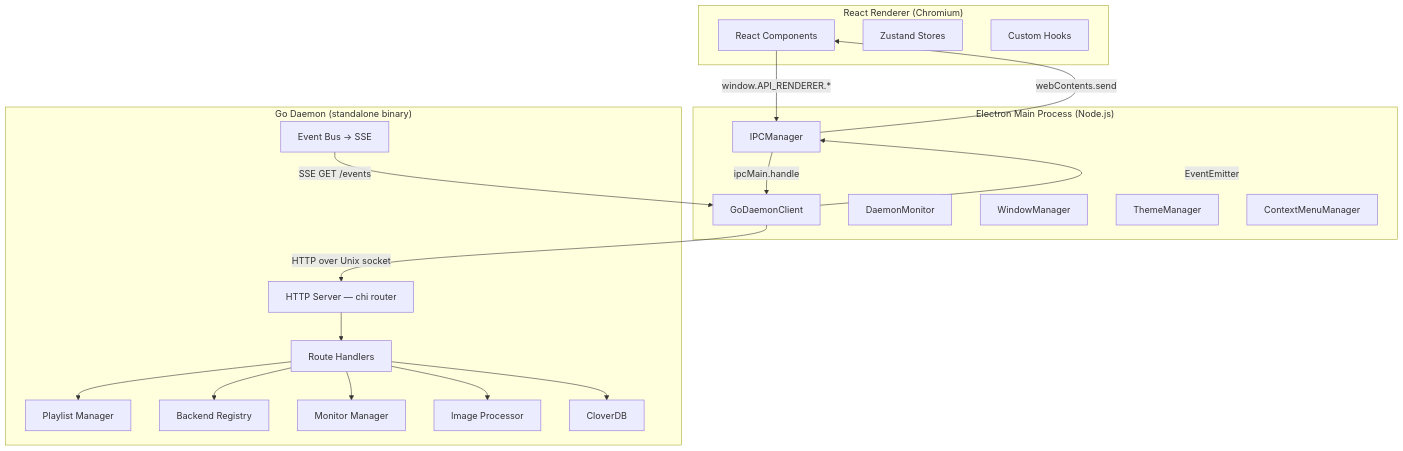
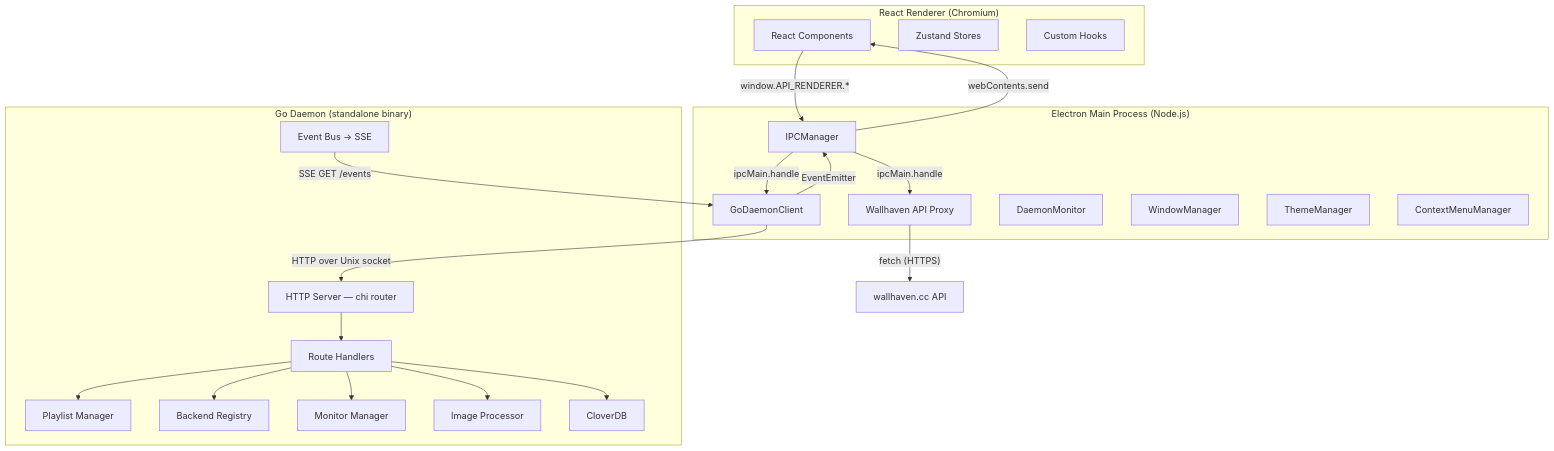
Before and after one commit to 0bCdian/Waypaper-Engine: the first of 9 diagrams in docs/ARCHITECTURE.md, drawn with Mermaid. The commit also changed other lines of this file and 48 other files, not shown here.

````diff
--- a/docs/ARCHITECTURE.md
+++ b/docs/ARCHITECTURE.md
@@ -62,41 +63,46 @@
 ```mermaid
 graph TB
   subgraph renderer ["React Renderer (Chromium)"]
     Components[React Components]
     Stores[Zustand Stores]
     CustomHooks[Custom Hooks]
   end
 
   subgraph electronMain ["Electron Main Process (Node.js)"]
     IPCMgr[IPCManager]
     DaemonClient[GoDaemonClient]
+    WallhavenProxy["Wallhaven API Proxy"]
     DaemonMon[DaemonMonitor]
     WinMgr[WindowManager]
     ThemeMgr[ThemeManager]
     CtxMenuMgr[ContextMenuManager]
   end
 
   subgraph daemon ["Go Daemon (standalone binary)"]
     HTTPSrv["HTTP Server — chi router"]
     Handlers[Route Handlers]
     PlaylistMgr[Playlist Manager]
     BackendReg[Backend Registry]
     MonitorMgr[Monitor Manager]
     ImgProc[Image Processor]
     EvtBus["Event Bus → SSE"]
     DB[CloverDB]
   end
 
+  WallhavenAPI["wallhaven.cc API"]
+
   Components -->|"window.API_RENDERER.*"| IPCMgr
   IPCMgr -->|ipcMain.handle| DaemonClient
+  IPCMgr -->|ipcMain.handle| WallhavenProxy
+  WallhavenProxy -->|"fetch (HTTPS)"| WallhavenAPI
   DaemonClient -->|"HTTP over Unix socket"| HTTPSrv
   HTTPSrv --> Handlers
   Handlers --> PlaylistMgr
   Handlers --> BackendReg
   Handlers --> MonitorMgr
   Handlers --> ImgProc
   Handlers --> DB
   EvtBus -->|"SSE GET /events"| DaemonClient
   DaemonClient -->|EventEmitter| IPCMgr
   IPCMgr -->|"webContents.send"| Components
 ```
````
